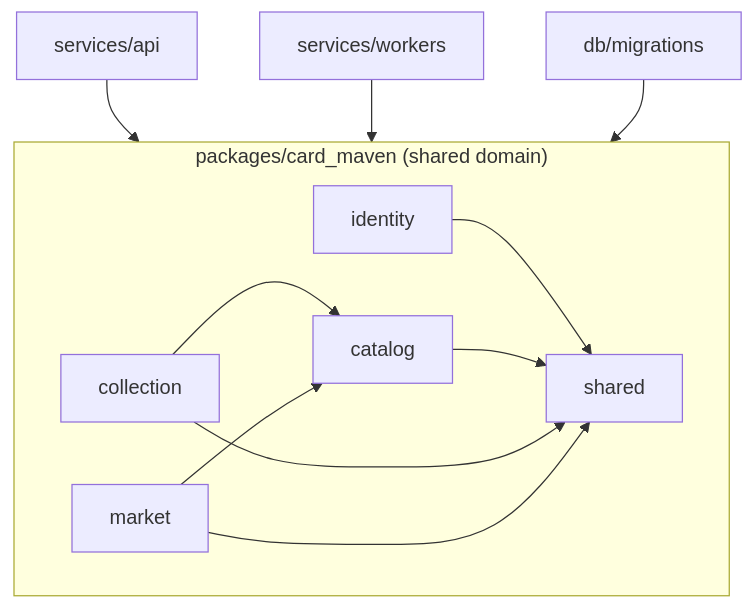
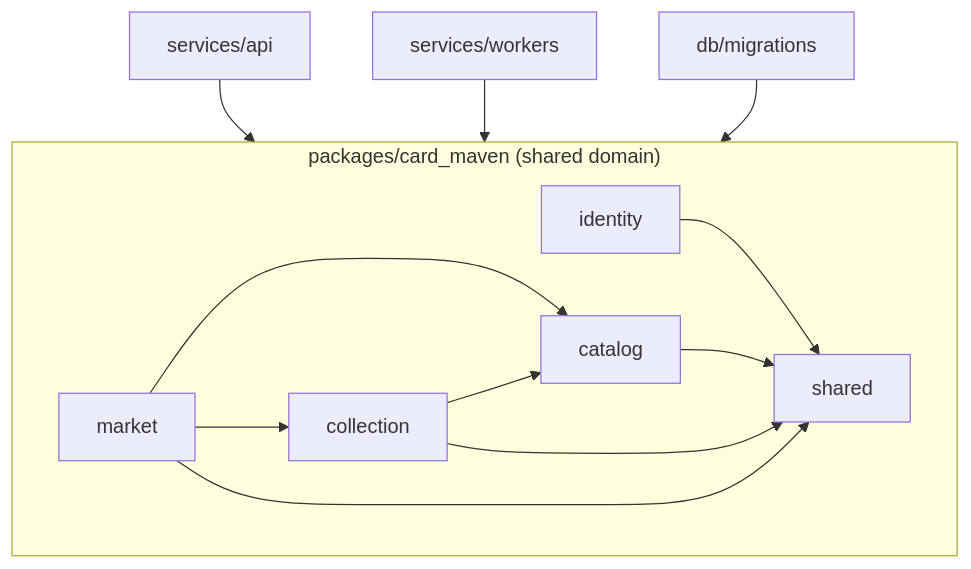
Before and after one commit to lfoos/card-maven: the second of 4 diagrams in docs/architecture/README.md, drawn with Mermaid. The commit also changed other lines of this file and 121 other files, not shown here.

````diff
--- a/docs/architecture/README.md
+++ b/docs/architecture/README.md
@@ -90,15 +97,16 @@
 ```mermaid
 flowchart TB
   subgraph pkg["packages/card_maven (shared domain)"]
     direction LR
     identity --> shared
     catalog --> shared
     collection --> catalog
     collection --> shared
     market --> catalog
+    market --> collection
     market --> shared
   end
   api["services/api"] --> pkg
   workers["services/workers"] --> pkg
   db["db/migrations"] --> pkg
 ```
````
